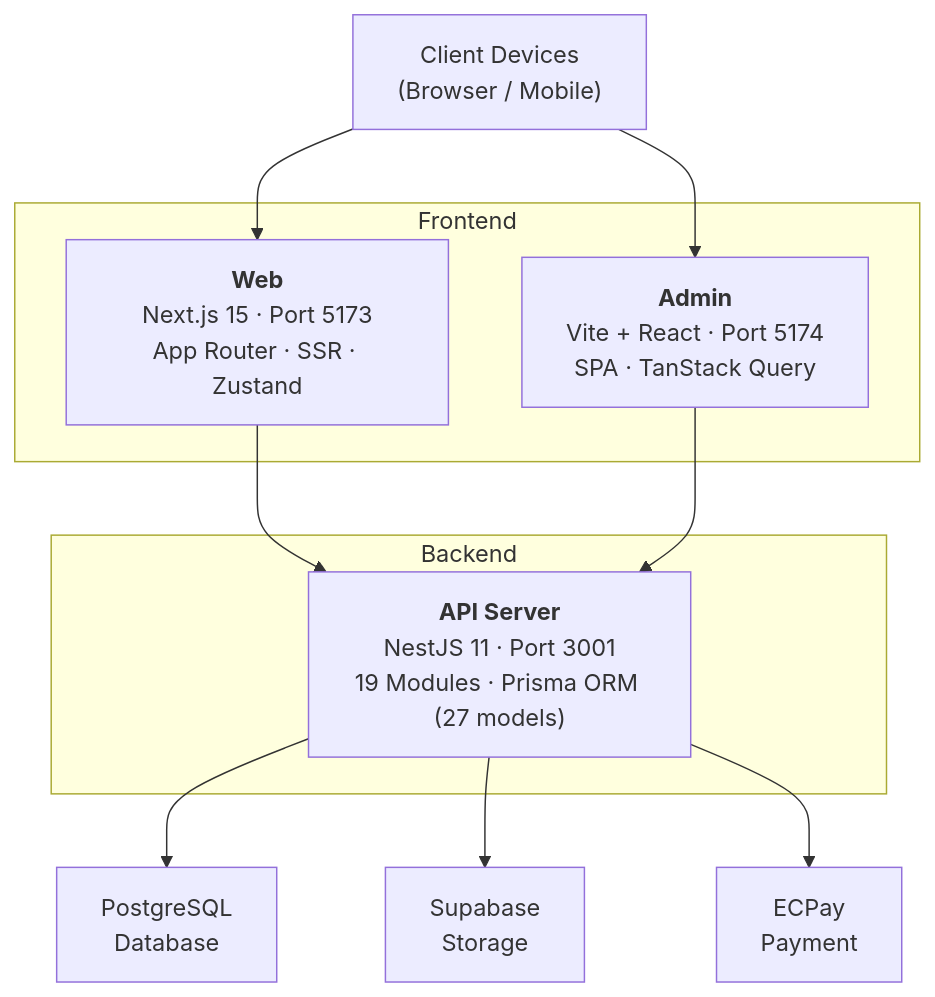
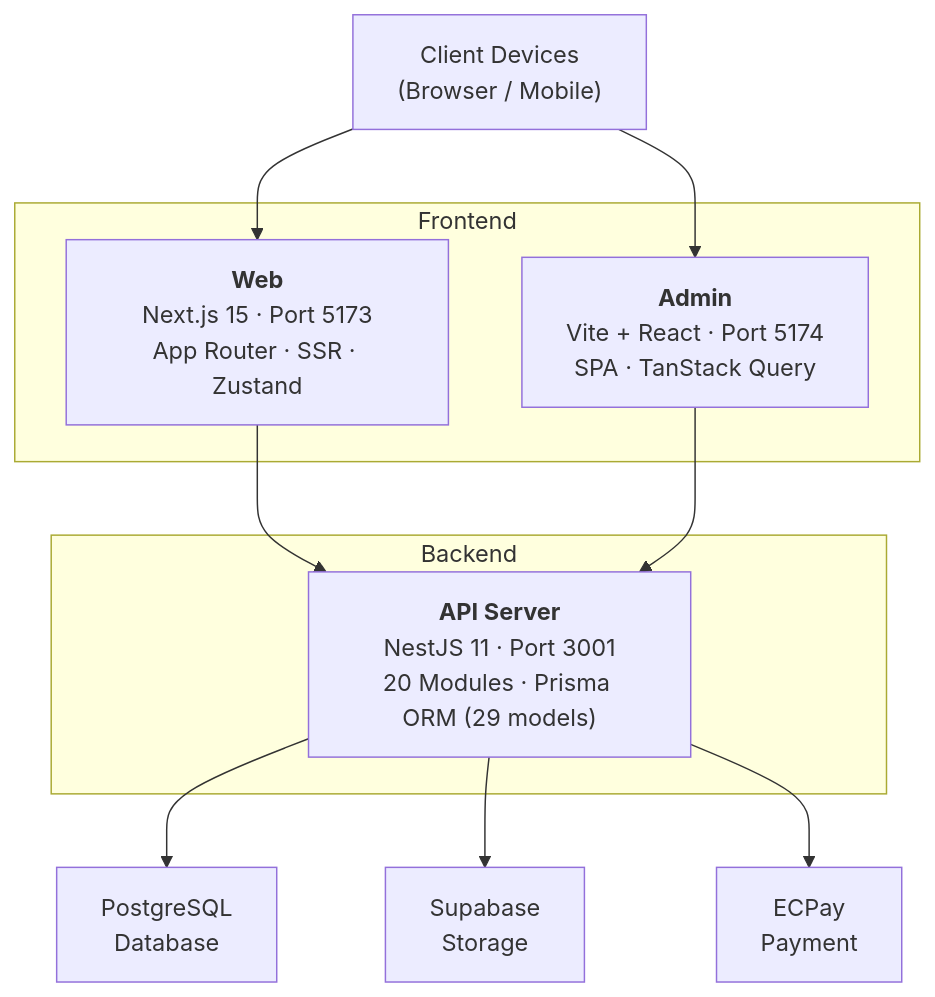
The first of 3 diagrams in README.md (aim840912/haude-monorepo), drawn with Mermaid before and after one commit. The commit also changed other lines of this file and 5 other files, not shown here.

````diff
--- a/README.md
+++ b/README.md
@@ -109,23 +109,23 @@
 ```mermaid
 flowchart TD
     Client["Client Devices<br/>(Browser / Mobile)"]
 
     Client --> Web
     Client --> Admin
 
     subgraph Frontend
         Web["<b>Web</b><br/>Next.js 15 · Port 5173<br/>App Router · SSR · Zustand"]
         Admin["<b>Admin</b><br/>Vite + React · Port 5174<br/>SPA · TanStack Query"]
     end
 
     Web --> API
     Admin --> API
 
     subgraph Backend
-        API["<b>API Server</b><br/>NestJS 11 · Port 3001<br/>19 Modules · Prisma ORM (27 models)"]
+        API["<b>API Server</b><br/>NestJS 11 · Port 3001<br/>20 Modules · Prisma ORM (29 models)"]
     end
 
     API --> DB["PostgreSQL<br/>Database"]
     API --> Storage["Supabase<br/>Storage"]
     API --> Payment["ECPay<br/>Payment"]
 ```
````
